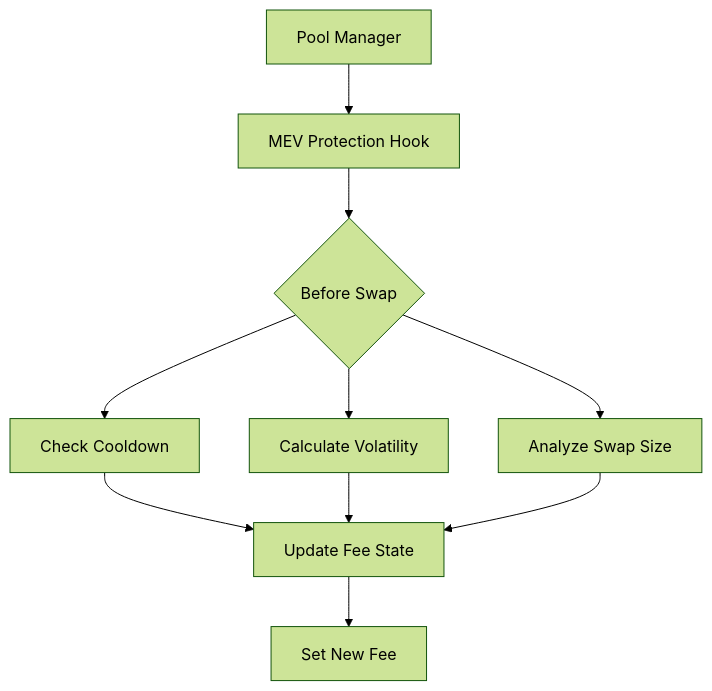
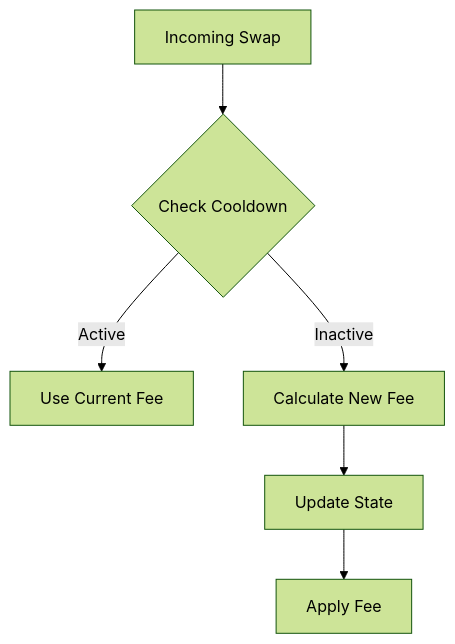
The third of 3 diagrams in README.md (DexMini/Dex-Mini-MEV-Hook), drawn with Mermaid (forest theme) before and after one commit. The commit also changed other lines of this file, not shown here.

````diff
--- a/README.md
+++ b/README.md
@@ -38,12 +109,8 @@
-```mermaid
-graph TD
-    A[Pool Manager] --> B[MEV Protection Hook]
-    B --> C{Before Swap}
-    C --> D[Check Cooldown]
-    C --> E[Calculate Volatility]
-    C --> F[Analyze Swap Size]
-    D --> G[Update Fee State]
-    E --> G
-    F --> G
-    G --> H[Set New Fee]
-```
+   ```mermaid
+   graph TD
+       A[Incoming Swap] --> B{Check Cooldown}
+       B -->|Active| C[Use Current Fee]
+       B -->|Inactive| D[Calculate New Fee]
+       D --> E[Update State]
+       E --> F[Apply Fee]
+   ```
````
